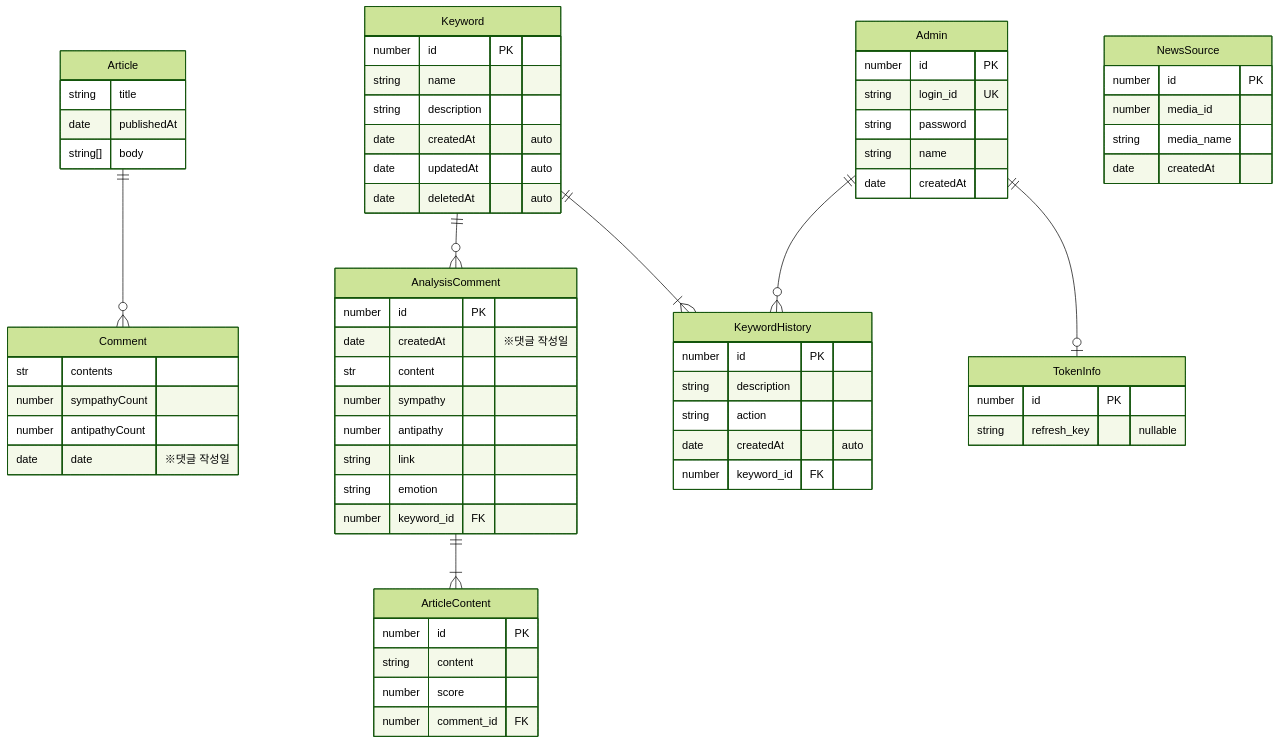
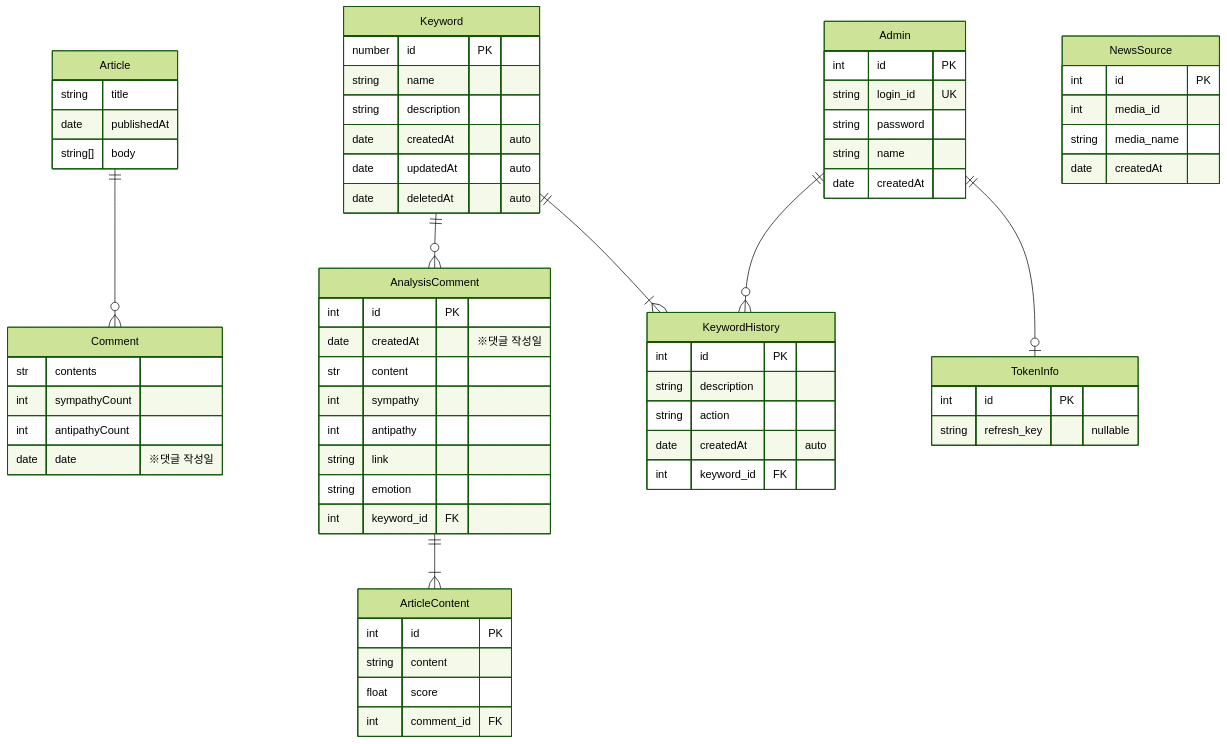
The third of 3 diagrams in backend/README.md (CSID-DGU/2023-02-CECD2-4), drawn with Mermaid (forest theme) before and after one commit. The commit also changed other lines of this file and 4 other files, not shown here.

````diff
--- a/backend/README.md
+++ b/backend/README.md
@@ -192,73 +198,73 @@
 ```mermaid
 erDiagram
     Comment {
       str contents
-      number sympathyCount
-      number antipathyCount
+      int sympathyCount
+      int antipathyCount
       date date "※댓글 작성일"
     }
 
     Article {
       string title
       date publishedAt
       string[] body
     }
 
     AnalysisComment {
-      number id PK
+      int id PK
       date createdAt "※댓글 작성일"
       str content
-      number sympathy
-      number antipathy
+      int sympathy
+      int antipathy
       string link
       string emotion
-      number keyword_id FK
+      int keyword_id FK
     }
 
     ArticleContent {
-      number id PK
+      int id PK
       string content
-      number score
-      number comment_id FK
+      float score
+      int comment_id FK
     }
     
     Keyword {
       number id PK
       string name
       string description
       date createdAt "auto"
       date updatedAt "auto"
       date deletedAt "auto"
     }
 
     KeywordHistory {
-      number id PK
+      int id PK
       string description
       string action
       date createdAt "auto"
-      number keyword_id FK
+      int keyword_id FK
     }
     Admin {
-      number id PK
+      int id PK
       string login_id UK
       string password
       string name
       date createdAt
     }
     TokenInfo {
-      number id PK
+      int id PK
       string refresh_key "nullable"
     }
     NewsSource {
-      number id PK
-      number media_id
+      int id PK
+      int media_id
       string media_name
       date createdAt
     }
     Admin ||--o| TokenInfo: ""
     Admin ||--o{ KeywordHistory: ""
     Article ||--o{ Comment: ""
     Keyword ||--o{ AnalysisComment: ""
     Keyword ||--|{ KeywordHistory: ""
     AnalysisComment ||--|{ ArticleContent: ""
 ```
````
